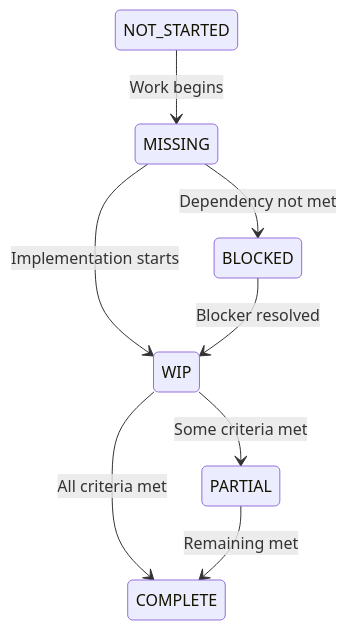
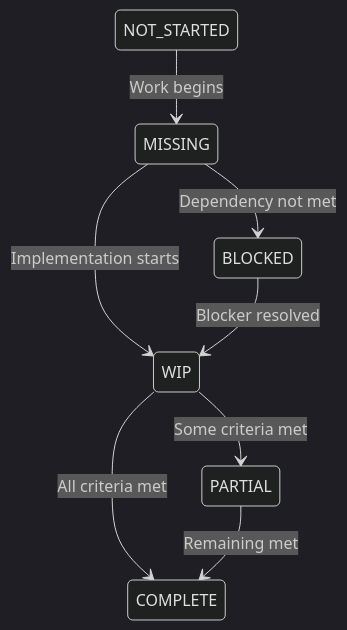
The first of 2 diagrams in src/content/docs/reference/lifecycle.md (rtmx-ai/rtmx.ai), drawn with Mermaid before and after one commit. The commit also changed other lines of this file and 5 other files, not shown here.

First line of the commit message:
fix: force dark mode, update roadmap, fix diagram contrast, code theme

````diff
--- a/src/content/docs/reference/lifecycle.md
+++ b/src/content/docs/reference/lifecycle.md
@@ -10,10 +10,11 @@
 ```mermaid
+%%{init: {'theme': 'dark'}}%%
 stateDiagram-v2
     NOT_STARTED --> MISSING : Work begins
     MISSING --> WIP : Implementation starts
     MISSING --> BLOCKED : Dependency not met
     WIP --> PARTIAL : Some criteria met
     WIP --> COMPLETE : All criteria met
     PARTIAL --> COMPLETE : Remaining met
     BLOCKED --> WIP : Blocker resolved
 ```
````
